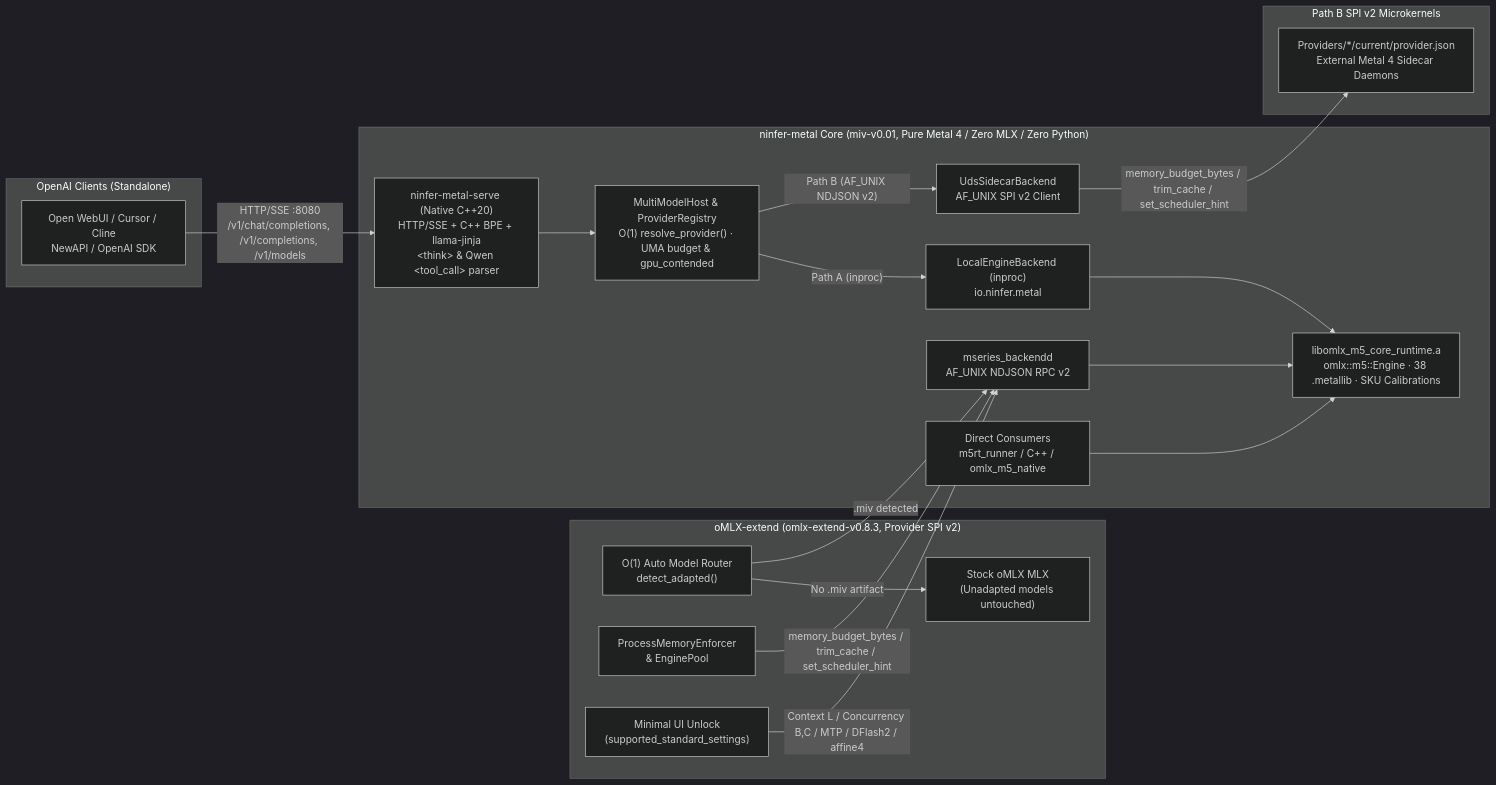
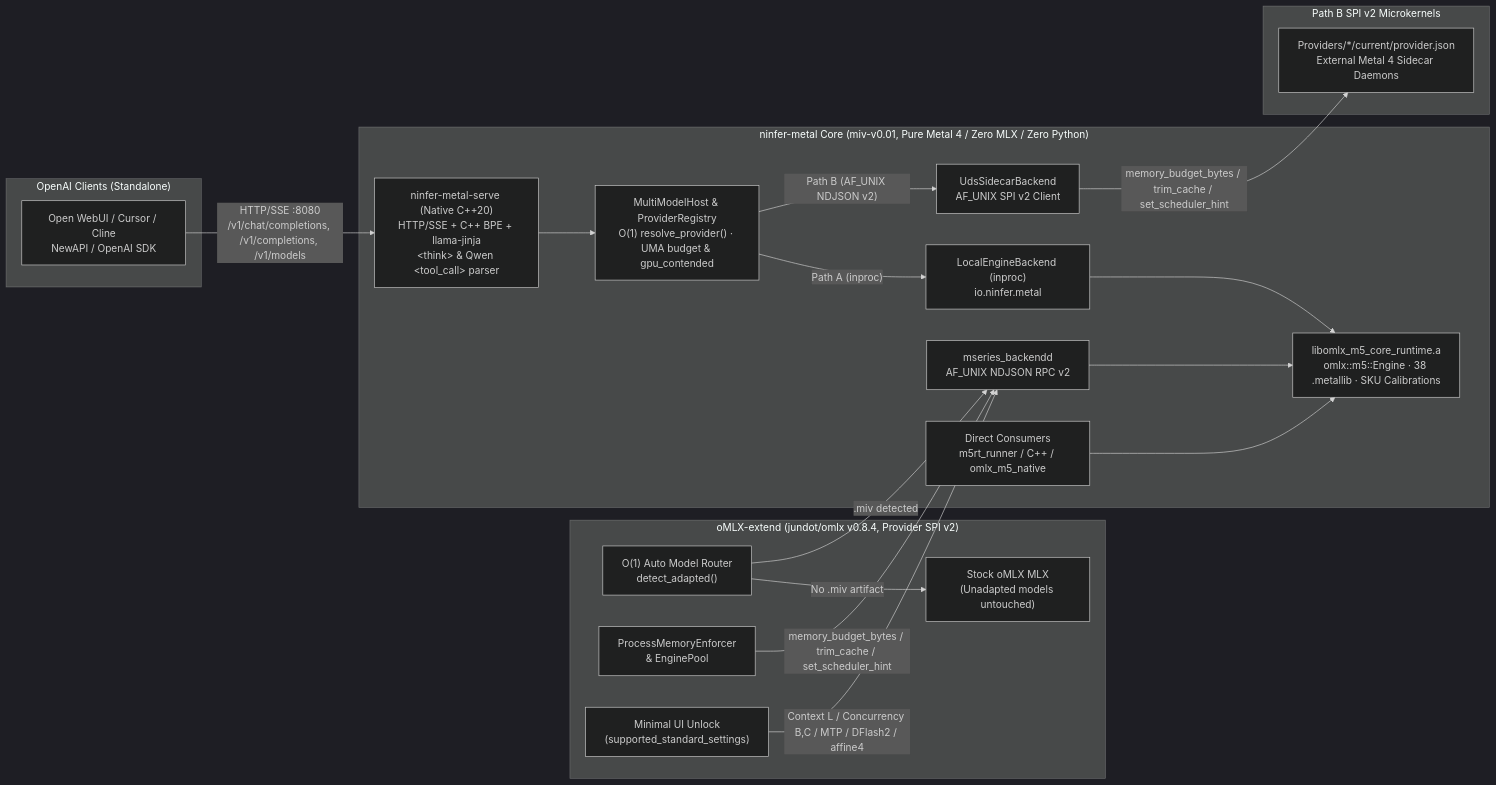
The diagram in docs/i18n/de/architecture.md (scoltzero/ninfer-metal), drawn with Mermaid (dark theme) before and after one commit. The commit also changed other lines of this file and 352 other files, not shown here.

Commit message:
feat(omlx-extend): sync upstream v0.8.4 and preserve MIV behavior

````diff
--- a/docs/i18n/de/architecture.md
+++ b/docs/i18n/de/architecture.md
@@ -11,40 +11,40 @@
 ```mermaid
 flowchart LR
     subgraph Clients["OpenAI Clients (Standalone)"]
         OAI["Open WebUI / Cursor / Cline<br/>NewAPI / OpenAI SDK"]
     end
 
-    subgraph Host["oMLX-extend (omlx-extend-v0.8.3, Provider SPI v2)"]
+    subgraph Host["oMLX-extend (jundot/omlx v0.8.4, Provider SPI v2)"]
         Router["O(1) Auto Model Router<br/>detect_adapted()"]
         Stock["Stock oMLX MLX<br/>(Unadapted models untouched)"]
         Enforcer["ProcessMemoryEnforcer<br/>&amp; EnginePool"]
         UI["Minimal UI Unlock<br/>(supported_standard_settings)"]
     end
 
     subgraph Core["ninfer-metal Core (miv-v0.01, Pure Metal 4 / Zero MLX / Zero Python)"]
         Serve["ninfer-metal-serve (Native C++20)<br/>HTTP/SSE + C++ BPE + llama-jinja<br/>&lt;think&gt; &amp; Qwen &lt;tool_call&gt; parser"]
         MMH["MultiModelHost &amp; ProviderRegistry<br/>O(1) resolve_provider() · UMA budget &amp; gpu_contended"]
         Local["LocalEngineBackend (inproc)<br/>io.ninfer.metal"]
         Sidecar["UdsSidecarBackend<br/>AF_UNIX SPI v2 Client"]
         Daemon["mseries_backendd<br/>AF_UNIX NDJSON RPC v2"]
         Direct["Direct Consumers<br/>m5rt_runner / C++ / omlx_m5_native"]
         Runtime["libomlx_m5_core_runtime.a<br/>omlx::m5::Engine · 38 .metallib · SKU Calibrations"]
     end
 
     subgraph PathB["Path B SPI v2 Microkernels"]
         ExtProviders["Providers/*/current/provider.json<br/>External Metal 4 Sidecar Daemons"]
     end
 
     OAI -- "HTTP/SSE :8080<br/>/v1/chat/completions, /v1/completions, /v1/models" --> Serve
     Serve --> MMH
     MMH -- "Path A (inproc)" --> Local
     Local --> Runtime
     MMH -- "Path B (AF_UNIX NDJSON v2)" --> Sidecar
     Sidecar -- "memory_budget_bytes / trim_cache / set_scheduler_hint" --> ExtProviders
     Router -- "No .miv artifact" --> Stock
     Router -- ".miv detected" --> Daemon
     Enforcer -- "memory_budget_bytes / trim_cache / set_scheduler_hint" --> Daemon
     UI -- "Context L / Concurrency B,C / MTP / DFlash2 / affine4" --> Daemon
     Daemon --> Runtime
     Direct --> Runtime
 ```
````
